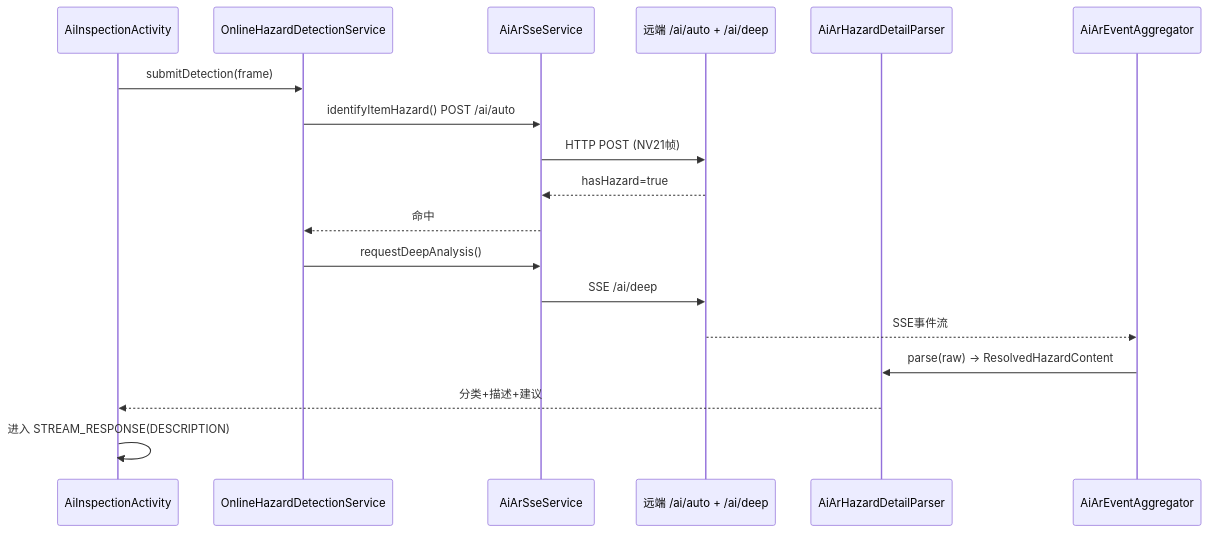
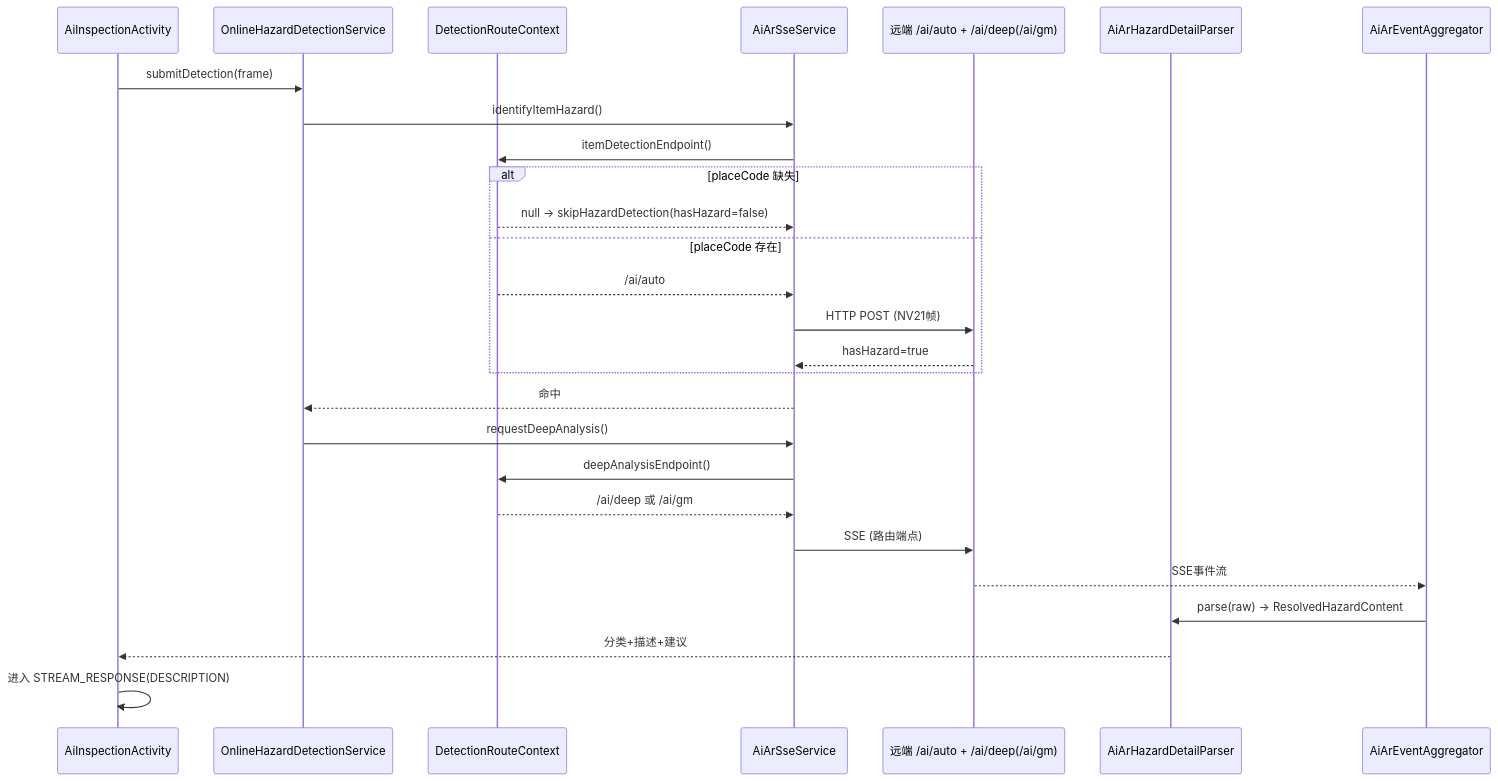
Before and after one commit to WuChaoli/HiddenRiskGlass: the fourth of 9 diagrams in docs/CODEMAPS.md, drawn with Mermaid. The commit also changed other lines of this file and 13 other files, not shown here.

First line of the commit message:
feat: refactor detection routing with DetectionRouteContext

````diff
--- a/docs/CODEMAPS.md
+++ b/docs/CODEMAPS.md
@@ -167,21 +169,30 @@
 ```mermaid
 sequenceDiagram
     participant AI as AiInspectionActivity
     participant ODS as OnlineHazardDetectionService
+    participant Route as DetectionRouteContext
     participant SSE as AiArSseService
-    participant Remote as 远端 /ai/auto + /ai/deep
+    participant Remote as 远端 /ai/auto + /ai/deep(/ai/gm)
     participant Parser as AiArHazardDetailParser
     participant Agg as AiArEventAggregator
 
     AI->>ODS: submitDetection(frame)
-    ODS->>SSE: identifyItemHazard() POST /ai/auto
-    SSE->>Remote: HTTP POST (NV21帧)
-    Remote-->>SSE: hasHazard=true
+    ODS->>SSE: identifyItemHazard()
+    SSE->>Route: itemDetectionEndpoint()
+    alt placeCode 缺失
+        Route-->>SSE: null → skipHazardDetection(hasHazard=false)
+    else placeCode 存在
+        Route-->>SSE: /ai/auto
+        SSE->>Remote: HTTP POST (NV21帧)
+        Remote-->>SSE: hasHazard=true
+    end
     SSE-->>ODS: 命中
     ODS->>SSE: requestDeepAnalysis()
-    SSE->>Remote: SSE /ai/deep
+    SSE->>Route: deepAnalysisEndpoint()
+    Route-->>SSE: /ai/deep 或 /ai/gm
+    SSE->>Remote: SSE (路由端点)
     Remote-->>Agg: SSE事件流
     Agg->>Parser: parse(raw) -> ResolvedHazardContent
     Parser-->>AI: 分类+描述+建议
     AI->>AI: 进入 STREAM_RESPONSE(DESCRIPTION)
 ```
````
